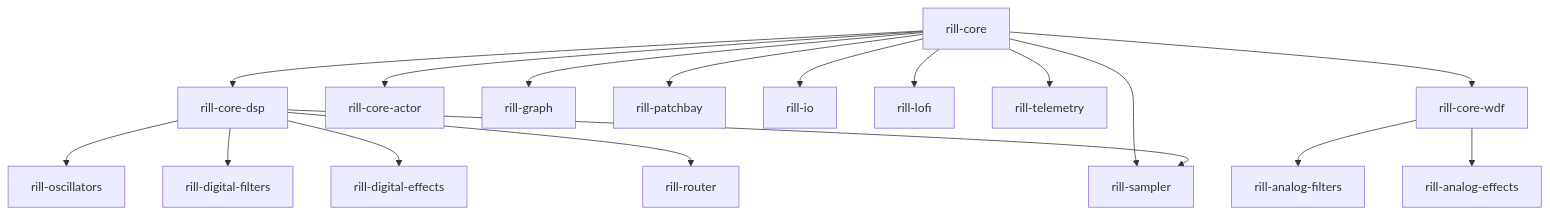
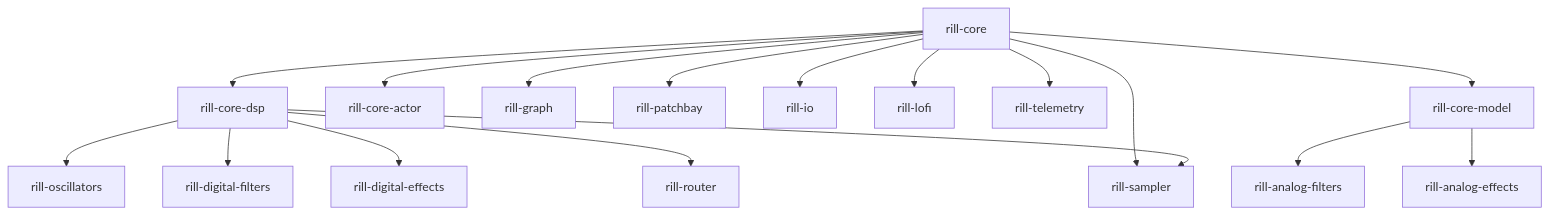
One commit to digitalrats/rill changed the diagram in README.md. Above: the diagram before and after it, drawn with Mermaid. The commit also changed other lines of this file and 37 other files, not shown here.

````diff
--- a/README.md
+++ b/README.md
@@ -197,19 +197,19 @@
 ```mermaid
 graph TD
     CORE[rill-core] --> CORE_DSP[rill-core-dsp]
     CORE --> CORE_ACTOR[rill-core-actor]
     CORE --> GRAPH[rill-graph]
     CORE_DSP --> OSC[rill-oscillators]
     CORE_DSP --> FILTERS[rill-digital-filters]
     CORE_DSP --> EFFECTS[rill-digital-effects]
     CORE_DSP --> ROUTER[rill-router]
     CORE --> PATCHBAY[rill-patchbay]
     CORE --> IO[rill-io]
     CORE --> LOFI[rill-lofi]
     CORE --> TELEMETRY[rill-telemetry]
-    CORE --> CORE_WDF[rill-core-wdf]
+    CORE --> CORE_WDF[rill-core-model]
     CORE_WDF --> ANALOG_FILTERS[rill-analog-filters]
     CORE_WDF --> ANALOG_EFFECTS[rill-analog-effects]
     CORE --> SAMPLER[rill-sampler]
     CORE_DSP --> SAMPLER
 ```
````
